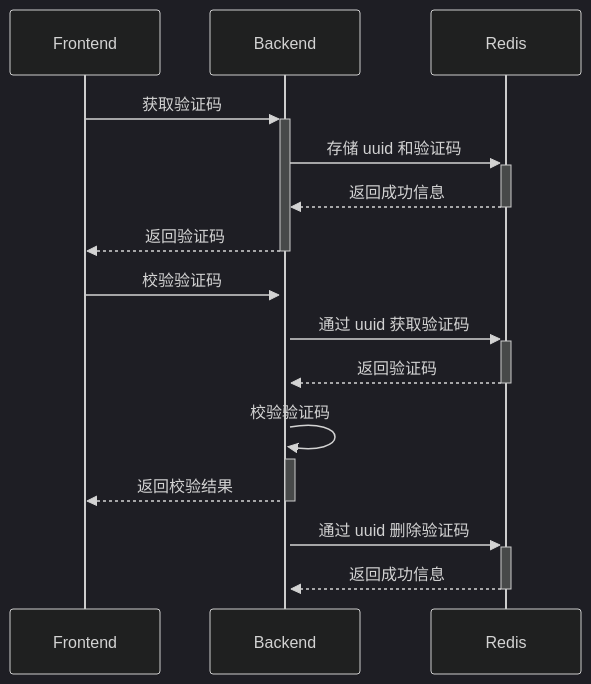
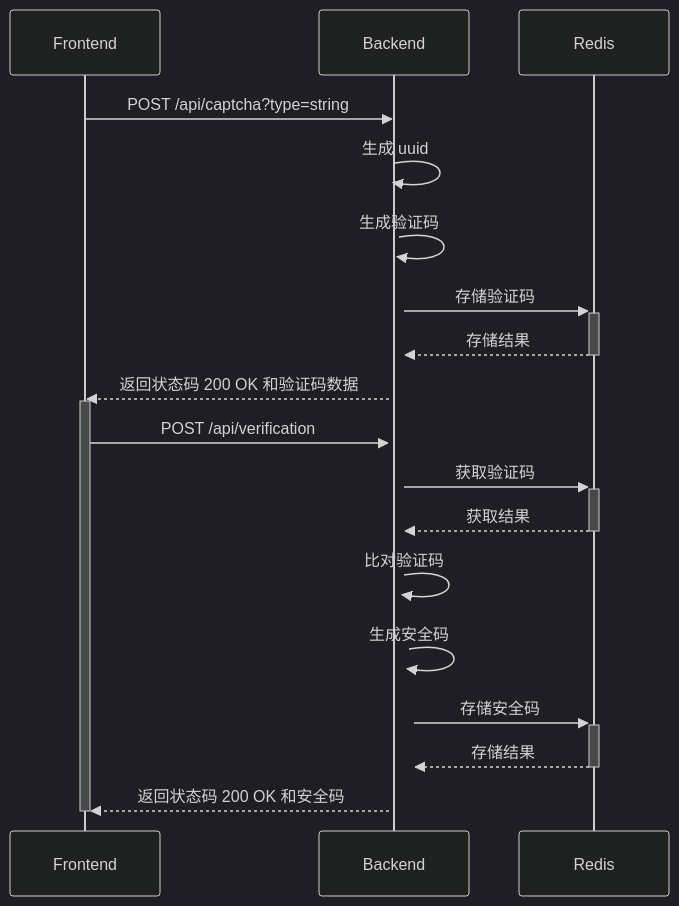
One commit to Clarice0997/YueMedia changed the diagram in img/验证码生成顺序图.md. Above: the diagram before and after it, drawn with Mermaid (dark theme). The commit also changed 20 other files, not shown here.

Commit message:
feat: 刷新处理文件任务列表按钮 img: UML 设计图 fix: 登录页面重定向问题

````diff
--- a/img/验证码生成顺序图.md
+++ b/img/验证码生成顺序图.md
@@ -1,17 +1,24 @@
 ```mermaid
 sequenceDiagram
     participant Frontend
     participant Backend
     participant Redis
-    Frontend->>+Backend: 获取验证码
-    Backend->>+Redis: 存储 uuid 和验证码
-    Redis-->>-Backend: 返回成功信息
-    Backend-->>-Frontend: 返回验证码
-    Frontend->>+Backend: 校验验证码
-    Backend->>+Redis: 通过 uuid 获取验证码
-    Redis-->>-Backend: 返回验证码
-    Backend->>+Backend: 校验验证码
-    Backend-->>-Frontend: 返回校验结果
-    Backend->>+Redis: 通过 uuid 删除验证码
-    Redis-->>-Backend: 返回成功信息
+
+    Frontend->>Backend: POST /api/captcha?type=string
+    Backend->>+Backend: 生成 uuid
+    Backend->>+Backend: 生成验证码
+    Backend->>+Redis: 存储验证码
+    Redis-->>-Backend: 存储结果
+    Backend-->>Frontend: 返回状态码 200 OK 和验证码数据
+
+    activate Frontend
+    Frontend->>Backend: POST /api/verification
+    Backend->>+Redis: 获取验证码
+    Redis-->>-Backend: 获取结果
+    Backend->>+Backend: 比对验证码
+    Backend->>+Backend: 生成安全码
+    Backend->>+Redis: 存储安全码
+    Redis-->>-Backend: 存储结果
+    Backend-->>Frontend: 返回状态码 200 OK 和安全码
+    deactivate Frontend
 ```
````
